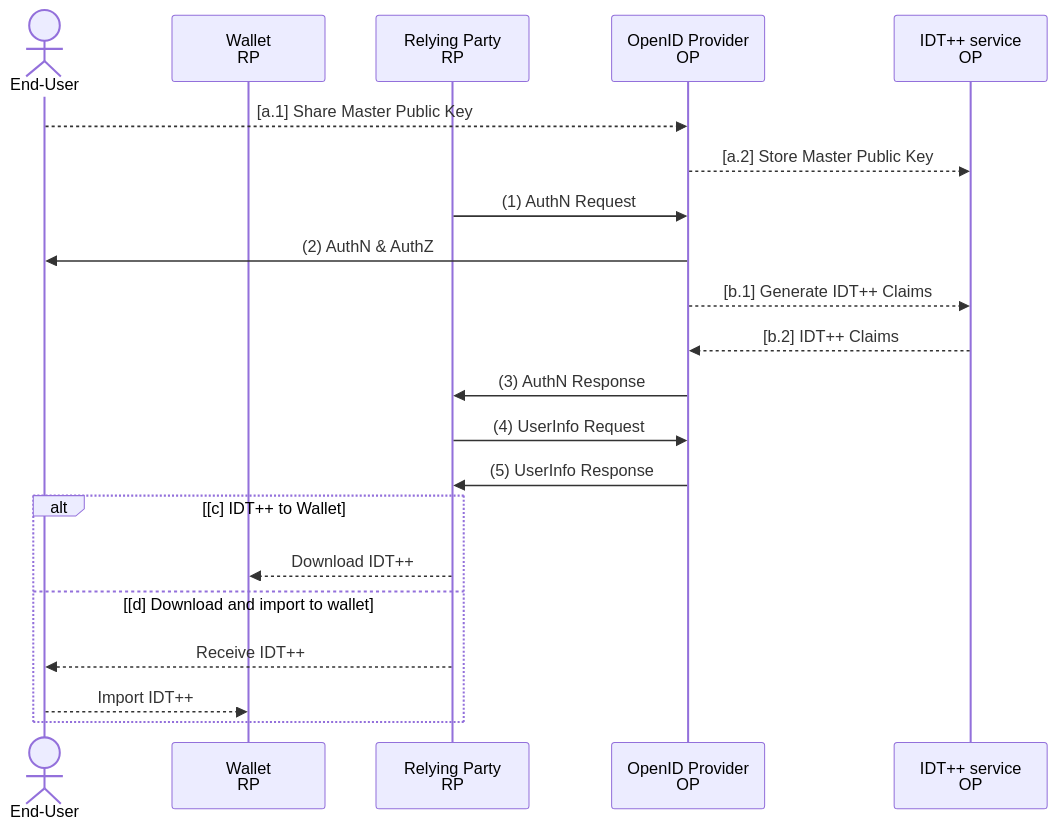
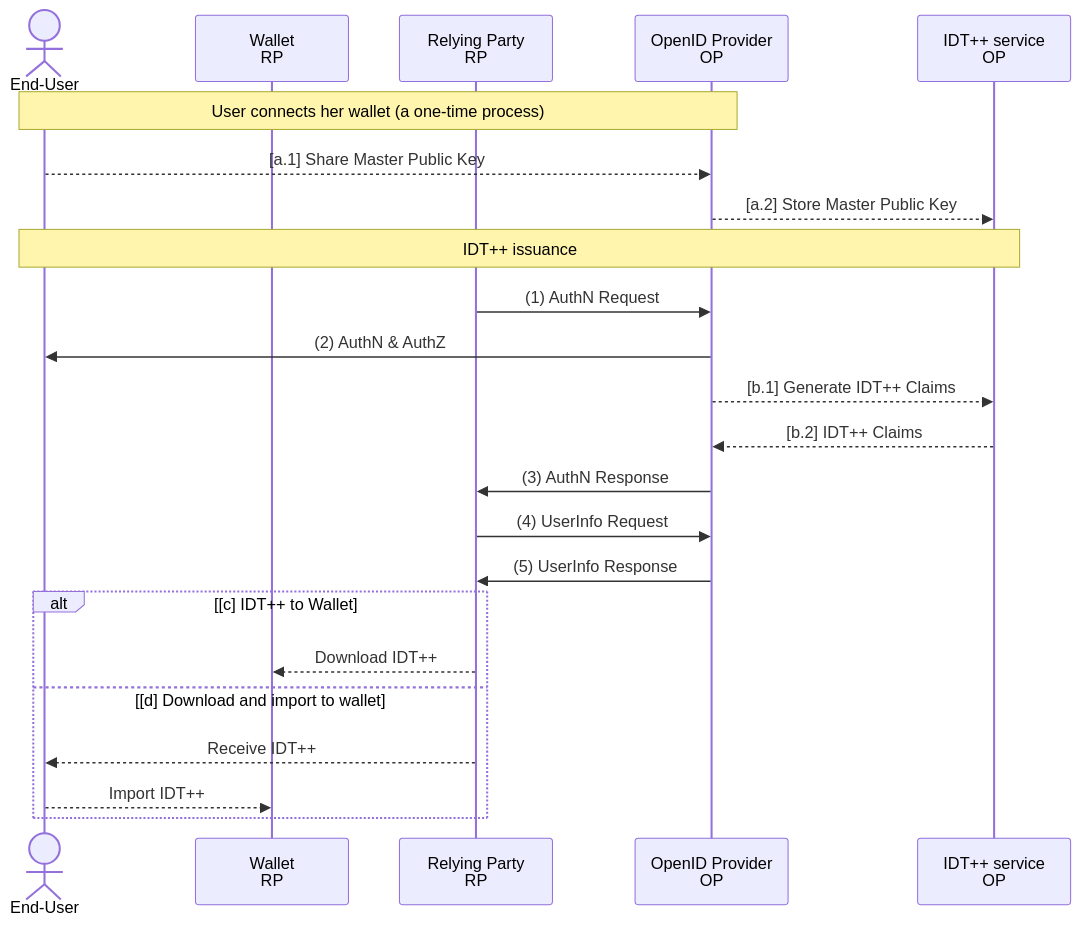
One commit to MyNextID/idt-plus-plus changed the diagram in README.md. Above: the diagram before and after it, drawn with Mermaid. The commit also changed other lines of this file and 1 other file, not shown here.

````diff
--- a/README.md
+++ b/README.md
@@ -18,24 +20,26 @@
 ```mermaid
 sequenceDiagram
   actor eu as End-User
   participant wt as Wallet<br>RP
   participant rp as Relying Party<br>RP
   participant op as OpenID Provider<br>OP
   participant ip as IDT++ service<br>OP
 
+  note over eu, op: User connects her wallet (a one-time process)
   eu -->> op: [a.1] Share Master Public Key
   op -->> ip: [a.2] Store Master Public Key
+  note over eu, ip: IDT++ issuance
   rp ->> op: (1) AuthN Request
   op ->> eu: (2) AuthN & AuthZ
   op -->> ip: [b.1] Generate IDT++ Claims
   ip -->> op: [b.2] IDT++ Claims
   op ->> rp: (3) AuthN Response
   rp ->> op: (4) UserInfo Request
   op ->> rp: (5) UserInfo Response
   alt [c] IDT++ to Wallet
   rp -->> wt: Download IDT++
   else [d] Download and import to wallet
   rp -->> eu:  Receive IDT++
   eu -->> wt: Import IDT++
   end
 ```
````
